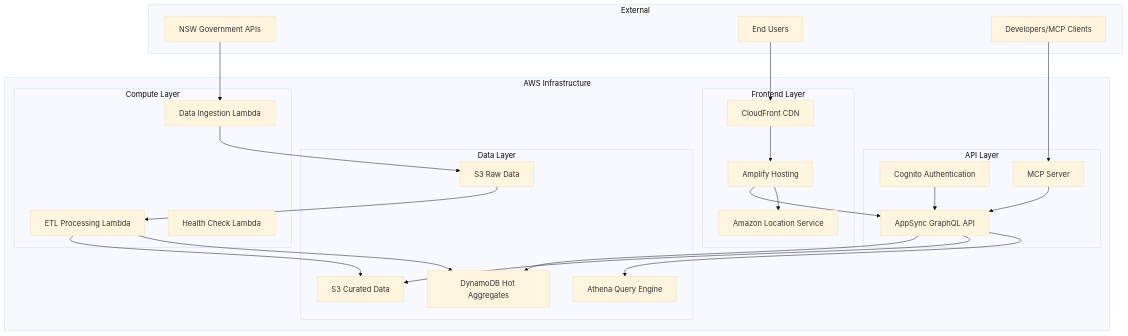
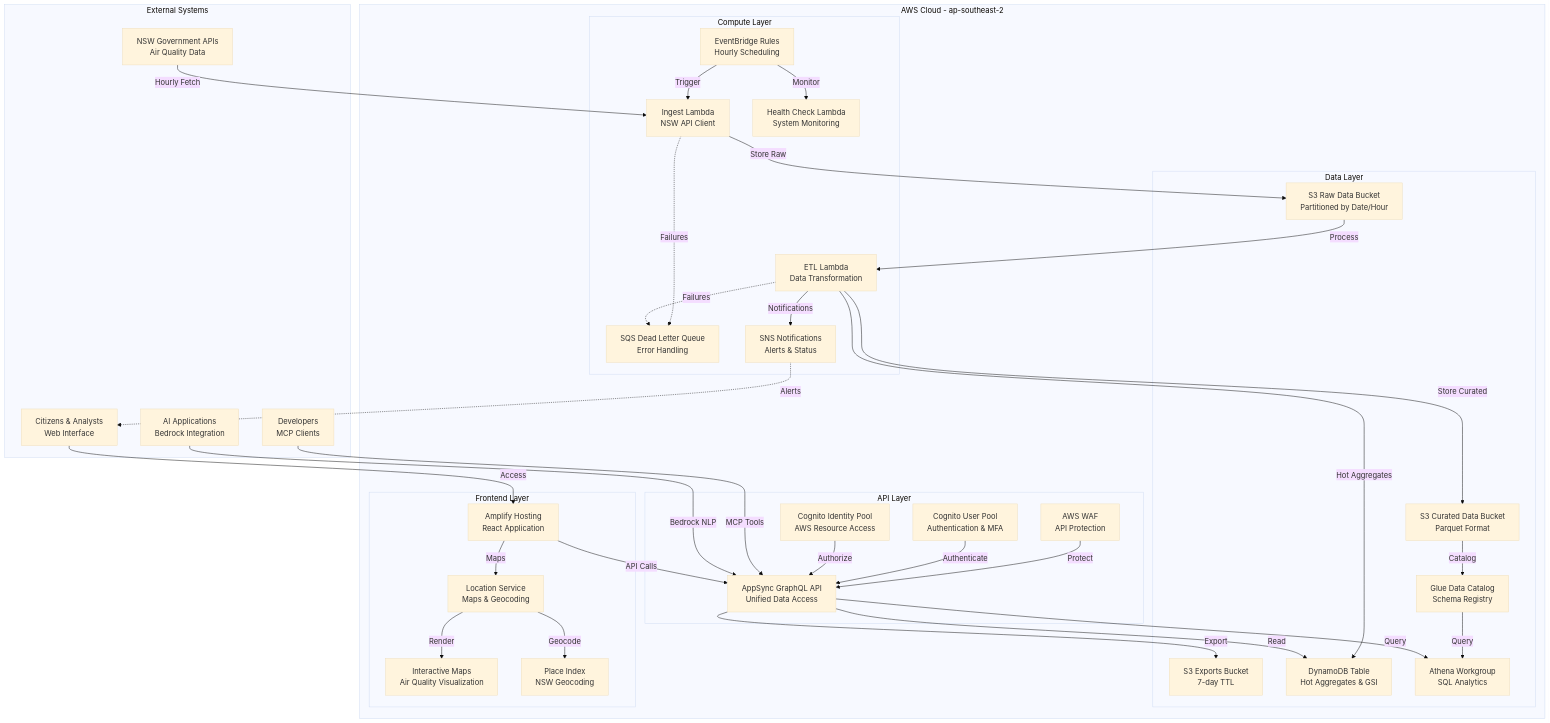
The first of 7 diagrams in opendata-pulse/docs/architecture/infrastructure-diagram.md (sjramblings/serverless-hackathon-opendata-pulse), drawn with Mermaid (base theme) before and after one commit. The commit also changed other lines of this file and 11 other files, not shown here.

````diff
--- a/opendata-pulse/docs/architecture/infrastructure-diagram.md
+++ b/opendata-pulse/docs/architecture/infrastructure-diagram.md
@@ -7,55 +10,81 @@
 ```mermaid
 graph TB
-    subgraph "External"
-        NSW[NSW Government APIs]
-        Users[End Users]
-        Devs[Developers/MCP Clients]
+    subgraph "External Systems"
+        NSW[NSW Government APIs<br/>Air Quality Data]
+        Users[Citizens & Analysts<br/>Web Interface]
+        Devs[Developers<br/>MCP Clients]
+        AI[AI Applications<br/>Bedrock Integration]
     end
     
-    subgraph "AWS Infrastructure"
+    subgraph "AWS Cloud - ap-southeast-2"
         subgraph "Data Layer"
-            S3Raw[S3 Raw Data]
-            S3Curated[S3 Curated Data]
-            DDB[DynamoDB Hot Aggregates]
-            Athena[Athena Query Engine]
+            S3Raw[S3 Raw Data Bucket<br/>Partitioned by Date/Hour]
+            S3Curated[S3 Curated Data Bucket<br/>Parquet Format]
+            S3Exports[S3 Exports Bucket<br/>7-day TTL]
+            DDB[DynamoDB Table<br/>Hot Aggregates & GSI]
+            Glue[Glue Data Catalog<br/>Schema Registry]
+            Athena[Athena Workgroup<br/>SQL Analytics]
         end
         
         subgraph "Compute Layer"
-            IngestLambda[Data Ingestion Lambda]
-            ETLLambda[ETL Processing Lambda]
-            HealthLambda[Health Check Lambda]
+            EventBridge[EventBridge Rules<br/>Hourly Scheduling]
+            IngestLambda[Ingest Lambda<br/>NSW API Client]
+            ETLLambda[ETL Lambda<br/>Data Transformation]
+            HealthLambda[Health Check Lambda<br/>System Monitoring]
+            SQS[SQS Dead Letter Queue<br/>Error Handling]
+            SNS[SNS Notifications<br/>Alerts & Status]
         end
         
         subgraph "API Layer"
-            AppSync[AppSync GraphQL API]
-            Cognito[Cognito Authentication]
-            MCPServer[MCP Server]
+            WAF[AWS WAF<br/>API Protection]
+            AppSync[AppSync GraphQL API<br/>Unified Data Access]
+            Cognito[Cognito User Pool<br/>Authentication & MFA]
+            CognitoIdentity[Cognito Identity Pool<br/>AWS Resource Access]
         end
         
         subgraph "Frontend Layer"
-            Amplify[Amplify Hosting]
-            CloudFront[CloudFront CDN]
-            LocationService[Amazon Location Service]
+            Amplify[Amplify Hosting<br/>React Application]
+            LocationService[Location Service<br/>Maps & Geocoding]
+            LocationMap[Interactive Maps<br/>Air Quality Visualization]
+            LocationIndex[Place Index<br/>NSW Geocoding]
         end
     end
     
-    NSW --> IngestLambda
-    IngestLambda --> S3Raw
-    S3Raw --> ETLLambda
-    ETLLambda --> S3Curated
-    ETLLambda --> DDB
+    %% Data Flow
+    NSW -->|Hourly Fetch| IngestLambda
+    EventBridge -->|Trigger| IngestLambda
+    EventBridge -->|Monitor| HealthLambda
     
-    AppSync --> DDB
-    AppSync --> S3Curated
-    AppSync --> Athena
+    IngestLambda -->|Store Raw| S3Raw
+    S3Raw -->|Process| ETLLambda
+    ETLLambda -->|Store Curated| S3Curated
+    ETLLambda -->|Hot Aggregates| DDB
+    ETLLambda -->|Notifications| SNS
     
-    Users --> CloudFront
-    CloudFront --> Amplify
-    Amplify --> AppSync
-    Amplify --> LocationService
+    S3Curated -->|Catalog| Glue
+    Glue -->|Query| Athena
     
-    Devs --> MCPServer
-    MCPServer --> AppSync
+    %% API Access
+    WAF -->|Protect| AppSync
+    Cognito -->|Authenticate| AppSync
+    CognitoIdentity -->|Authorize| AppSync
     
-    Cognito --> AppSync
+    AppSync -->|Read| DDB
+    AppSync -->|Query| Athena
+    AppSync -->|Export| S3Exports
+    
+    %% User Interfaces
+    Users -->|Access| Amplify
+    Amplify -->|API Calls| AppSync
+    Amplify -->|Maps| LocationService
+    LocationService -->|Render| LocationMap
+    LocationService -->|Geocode| LocationIndex
+    
+    Devs -->|MCP Tools| AppSync
+    AI -->|Bedrock NLP| AppSync
+    
+    %% Error Handling
+    IngestLambda -.->|Failures| SQS
+    ETLLambda -.->|Failures| SQS
+    SNS -.->|Alerts| Users
 ```
````
